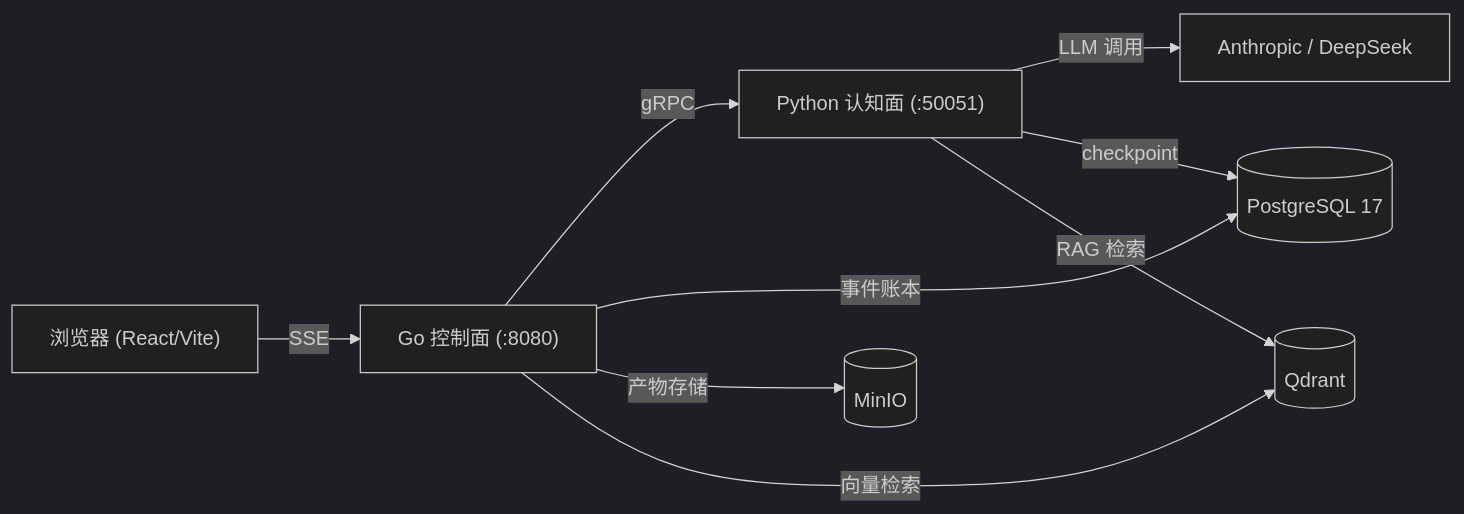
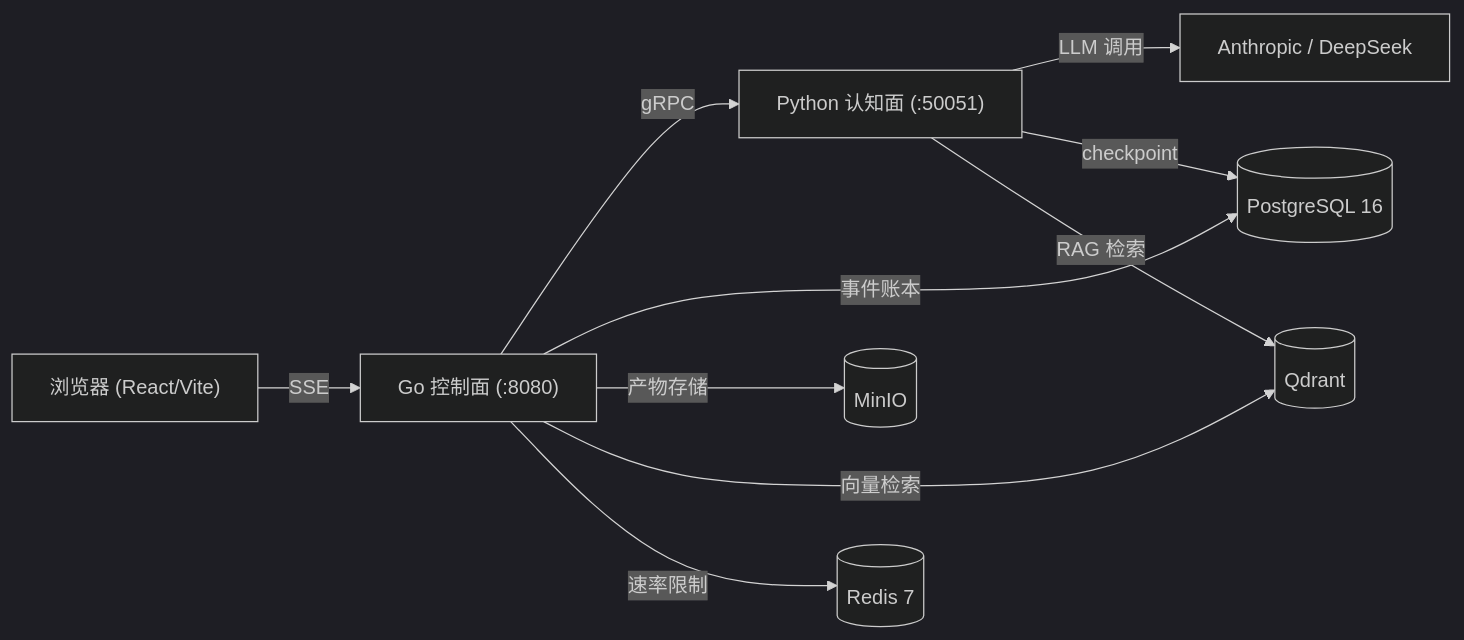
The diagram in README.zh-CN.md (LingMi1/agent-go), drawn with Mermaid (dark theme) before and after one commit. The commit also changed other lines of this file and 26 other files, not shown here.

````diff
--- a/README.zh-CN.md
+++ b/README.zh-CN.md
@@ -27,11 +27,12 @@
 ```mermaid
 graph LR
     Browser["浏览器 (React/Vite)"] -- "SSE" --> CP["Go 控制面 (:8080)"]
     CP -- "gRPC" --> CN["Python 认知面 (:50051)"]
-    CP -- "事件账本" --> PG[("PostgreSQL 17")]
+    CP -- "事件账本" --> PG[("PostgreSQL 16")]
     CP -- "产物存储" --> MinIO[("MinIO")]
     CP -- "向量检索" --> Qdrant[("Qdrant")]
+    CP -- "速率限制" --> Redis[("Redis 7")]
     CN -- "LLM 调用" --> LLM["Anthropic / DeepSeek"]
     CN -- "checkpoint" --> PG
     CN -- "RAG 检索" --> Qdrant
 ```
````
